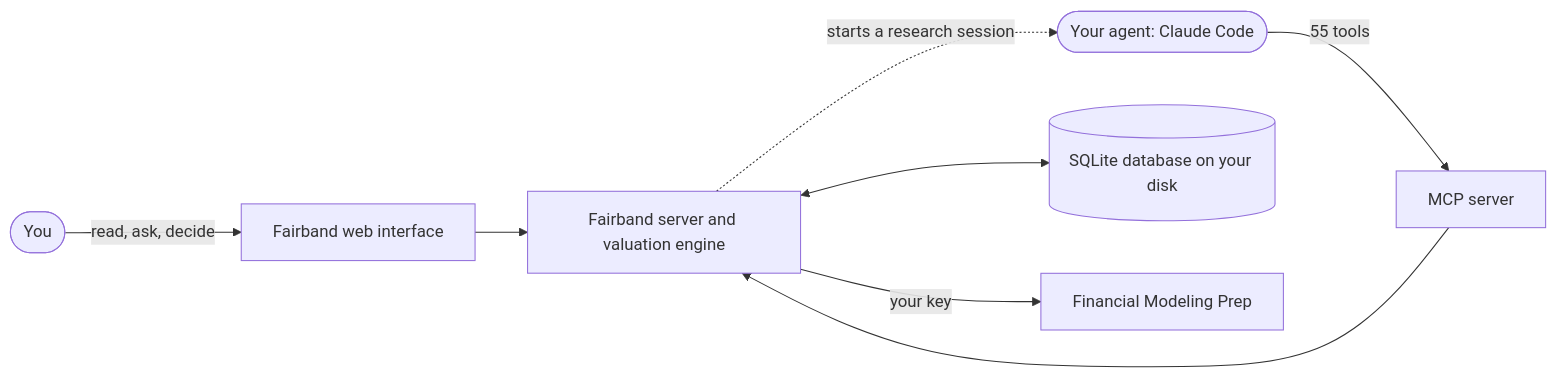
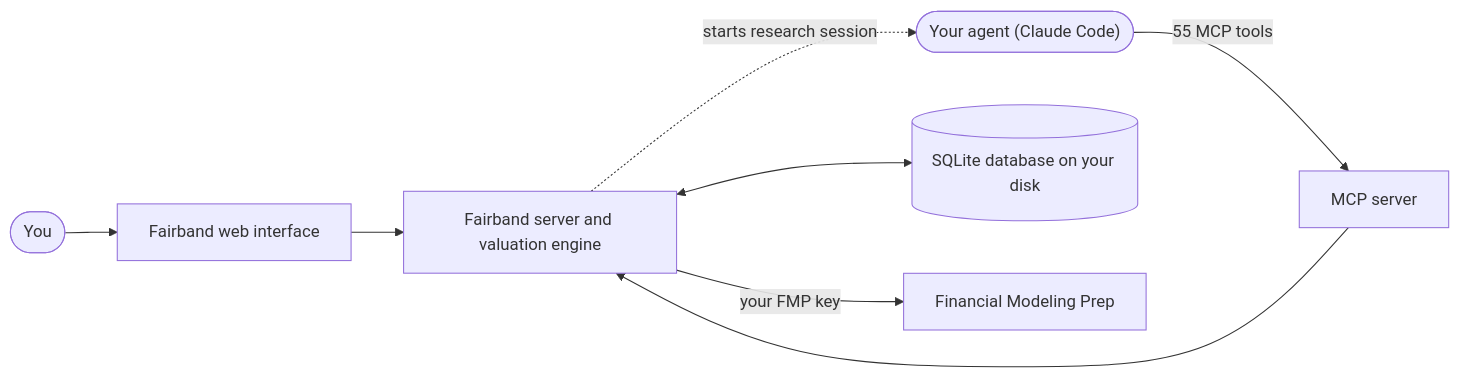
The diagram in README.md (kabanami/fairband), drawn with Mermaid before and after one commit. The commit also changed other lines of this file, not shown here.

Commit message:
Rewrite the README architecture section in plainer language

````diff
--- a/README.md
+++ b/README.md
@@ -14,10 +14,10 @@
 ```mermaid
 flowchart LR
-    you(["You"]) -- "read, ask, decide" --> pages["Fairband web interface"]
-    agent(["Your agent: Claude Code"]) -- "55 tools" --> mcp["MCP server"]
+    you(["You"]) --> pages["Fairband web interface"]
+    agent(["Your agent (Claude Code)"]) -- "55 MCP tools" --> mcp["MCP server"]
     pages --> server["Fairband server and valuation engine"]
     mcp --> server
-    server -. "starts a research session" .-> agent
+    server -. "starts research session" .-> agent
     server <--> db[("SQLite database on your disk")]
-    server -- "your key" --> fmp["Financial Modeling Prep"]
+    server -- "your FMP key" --> fmp["Financial Modeling Prep"]
 ```
````
